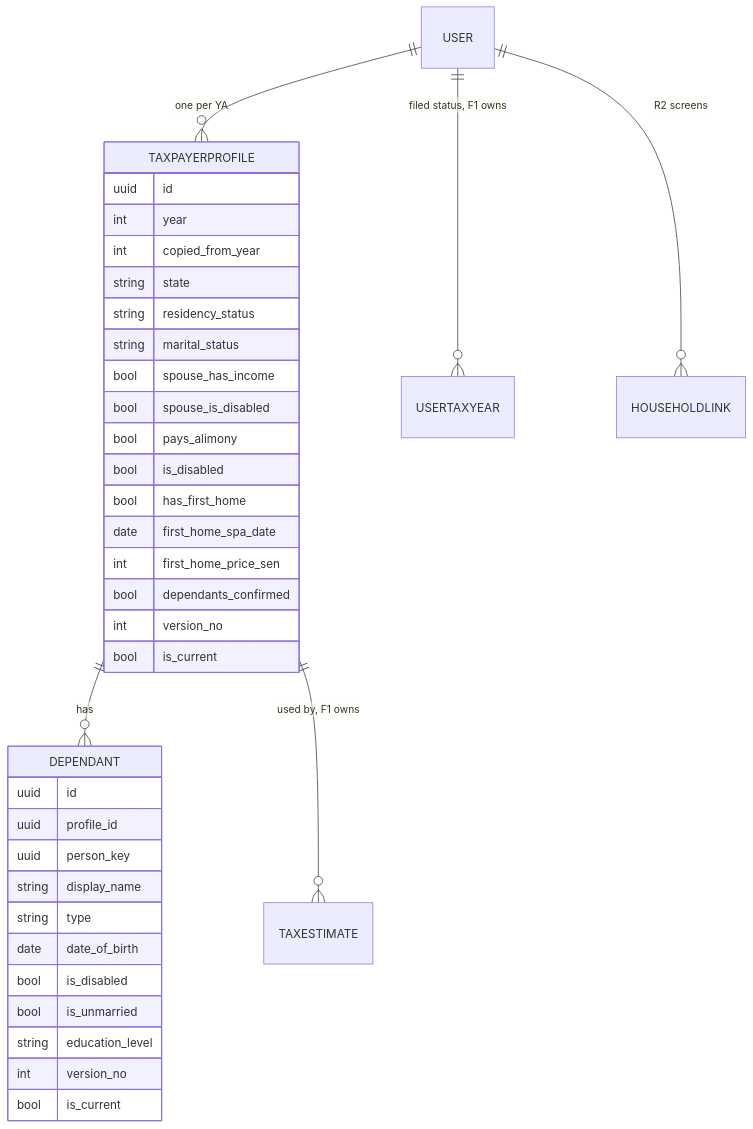
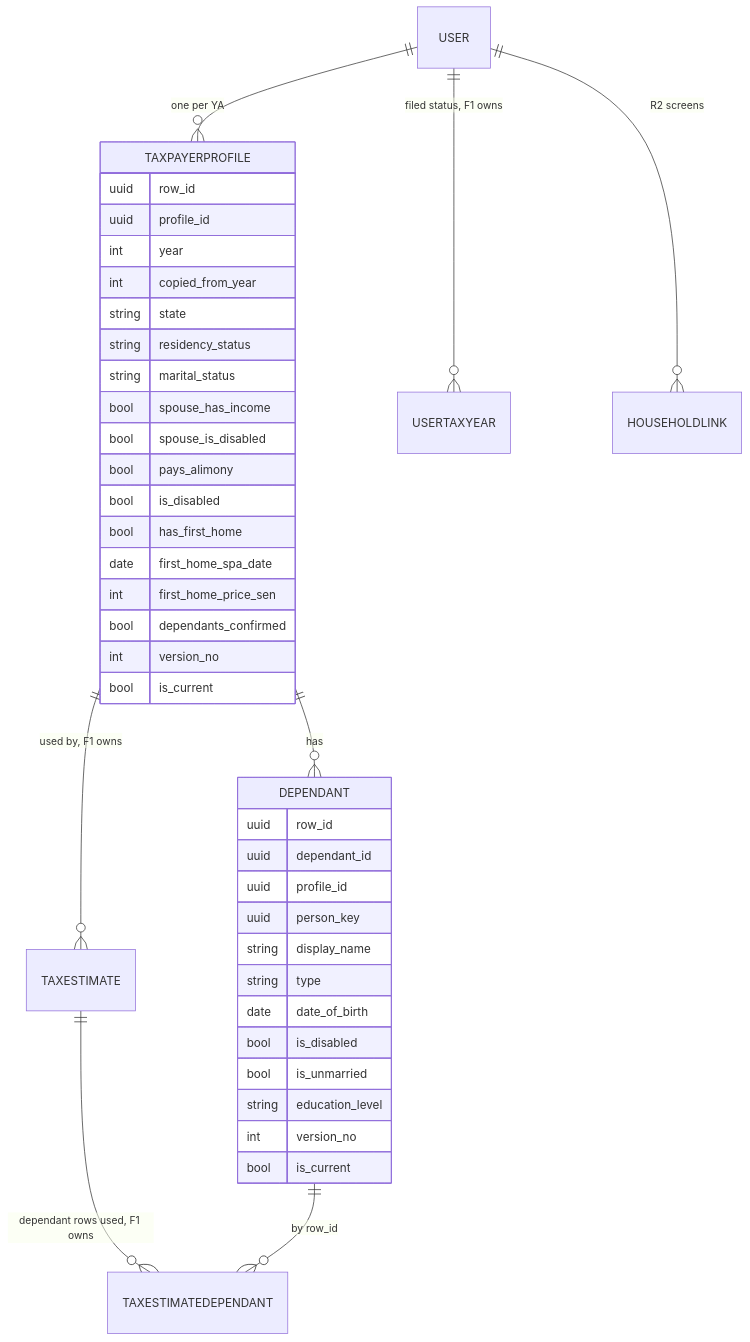
The eighth of 10 diagrams in docs/specs/URS_SRS_F0_User_Profile.md (Juthyra/Tax-Relief-Manager-TRM-), drawn with Mermaid before and after one commit. The commit also changed other lines of this file and 18 other files, not shown here.

Commit message:
docs(CHG-068): row_id as the primary key of profile and dependant rows, dependant rows kept on each saved calculation, ERD-F0 0.2 (F-087, F-088, P-107)

````diff
--- a/docs/specs/URS_SRS_F0_User_Profile.md
+++ b/docs/specs/URS_SRS_F0_User_Profile.md
@@ -287,39 +287,43 @@
 ```mermaid
 erDiagram
   USER ||--o{ TAXPAYERPROFILE : "one per YA"
   TAXPAYERPROFILE ||--o{ DEPENDANT : "has"
   USER ||--o{ USERTAXYEAR : "filed status, F1 owns"
   USER ||--o{ HOUSEHOLDLINK : "R2 screens"
   TAXPAYERPROFILE ||--o{ TAXESTIMATE : "used by, F1 owns"
+  TAXESTIMATE ||--o{ TAXESTIMATEDEPENDANT : "dependant rows used, F1 owns"
+  DEPENDANT ||--o{ TAXESTIMATEDEPENDANT : "by row_id"
   TAXPAYERPROFILE {
-    uuid id
+    uuid row_id
+    uuid profile_id
     int year
     int copied_from_year
     string state
     string residency_status
     string marital_status
     bool spouse_has_income
     bool spouse_is_disabled
     bool pays_alimony
     bool is_disabled
     bool has_first_home
     date first_home_spa_date
     int first_home_price_sen
     bool dependants_confirmed
     int version_no
     bool is_current
   }
   DEPENDANT {
-    uuid id
+    uuid row_id
+    uuid dependant_id
     uuid profile_id
     uuid person_key
     string display_name
     string type
     date date_of_birth
     bool is_disabled
     bool is_unmarried
     string education_level
     int version_no
     bool is_current
   }
 ```
````
